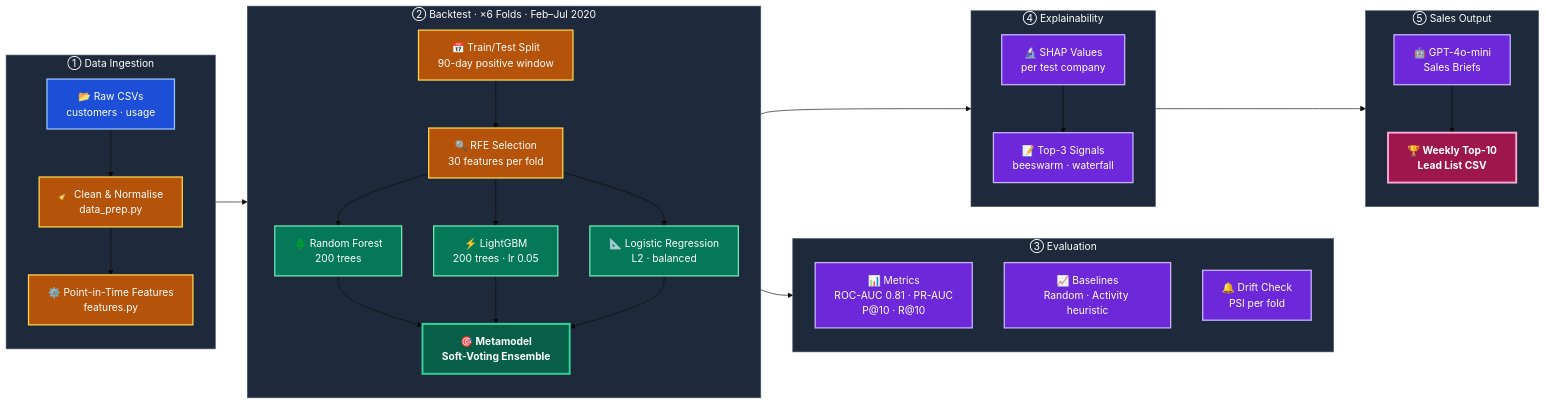
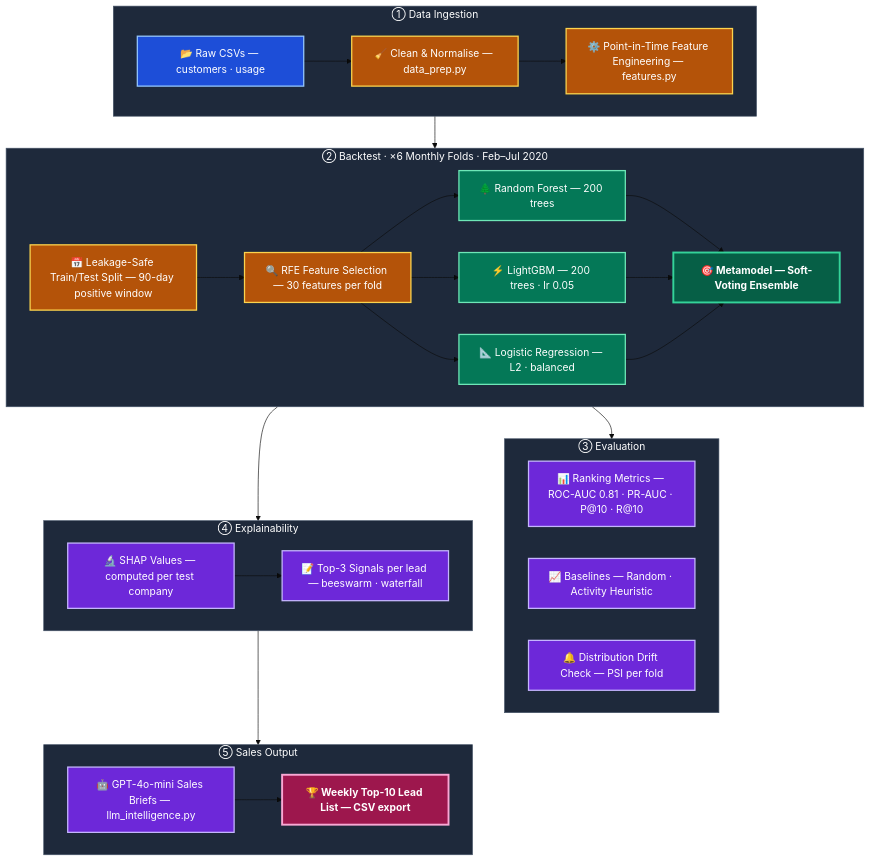
The diagram in README.md (jordisc97/Conversion-Prediction-Model), drawn with Mermaid before and after one commit.

Commit message:
Update README.md with mermaid

````diff
--- a/README.md
+++ b/README.md
@@ -7,67 +7,58 @@
 ```mermaid
 %%{init: {'theme': 'base', 'themeVariables': {'edgeLabelBackground': 'transparent', 'clusterBkg': '#1e293b', 'clusterBorder': '#475569', 'titleColor': '#ffffff'}}}%%
-flowchart LR
+flowchart TB
     classDef data     fill:#1d4ed8,stroke:#93c5fd,stroke-width:2px,color:#ffffff
     classDef process  fill:#b45309,stroke:#fcd34d,stroke-width:2px,color:#ffffff
     classDef model    fill:#047857,stroke:#6ee7b7,stroke-width:2px,color:#ffffff
     classDef ensemble fill:#065f46,stroke:#34d399,stroke-width:3px,color:#ffffff,font-weight:bold
     classDef output   fill:#6d28d9,stroke:#c4b5fd,stroke-width:2px,color:#ffffff
     classDef report   fill:#9d174d,stroke:#f9a8d4,stroke-width:3px,color:#ffffff,font-weight:bold
 
     %% ── INGESTION ──────────────────────────────────────
-    subgraph ING ["  ① Data Ingestion  "]
-        direction TB
-        A1["📂 Raw CSVs\ncustomers · usage"]:::data
-        A2["🧹 Clean & Normalise\ndata_prep.py"]:::process
-        A3["⚙️ Point-in-Time Features\nfeatures.py"]:::process
+    subgraph ING ["① Data Ingestion"]
+        A1["📂 Raw CSVs — customers · usage"]:::data
+        A2["🧹 Clean & Normalise — data_prep.py"]:::process
+        A3["⚙️ Point-in-Time Feature Engineering — features.py"]:::process
         A1 --> A2 --> A3
     end
 
     %% ── BACKTESTING ────────────────────────────────────
-    subgraph BT ["  ② Backtest · ×6 Folds · Feb–Jul 2020  "]
-        direction TB
-        B1["📅 Train/Test Split\n90-day positive window"]:::process
-        B2["🔍 RFE Selection\n30 features per fold"]:::process
-        B3["🌲 Random Forest\n200 trees"]:::model
-        B4["⚡ LightGBM\n200 trees · lr 0.05"]:::model
-        B5["📐 Logistic Regression\nL2 · balanced"]:::model
-        B6["🎯 Metamodel\nSoft-Voting Ensemble"]:::ensemble
+    subgraph BT ["② Backtest · ×6 Monthly Folds · Feb–Jul 2020"]
+        B1["📅 Leakage-Safe Train/Test Split — 90-day positive window"]:::process
+        B2["🔍 RFE Feature Selection — 30 features per fold"]:::process
+        B3["🌲 Random Forest — 200 trees"]:::model
+        B4["⚡ LightGBM — 200 trees · lr 0.05"]:::model
+        B5["📐 Logistic Regression — L2 · balanced"]:::model
+        B6["🎯 Metamodel — Soft-Voting Ensemble"]:::ensemble
         B1 --> B2
-        B2 --> B3
-        B2 --> B4
-        B2 --> B5
-        B3 --> B6
-        B4 --> B6
-        B5 --> B6
+        B2 --> B3 & B4 & B5
+        B3 & B4 & B5 --> B6
     end
 
     %% ── EVALUATION ─────────────────────────────────────
-    subgraph EV ["  ③ Evaluation  "]
-        direction TB
-        C1["📊 Metrics\nROC-AUC 0.81 · PR-AUC\nP@10 · R@10"]:::output
-        C2["📈 Baselines\nRandom · Activity heuristic"]:::output
-        C3["🔔 Drift Check\nPSI per fold"]:::output
+    subgraph EV ["③ Evaluation"]
+        C1["📊 Ranking Metrics — ROC-AUC 0.81 · PR-AUC · P@10 · R@10"]:::output
+        C2["📈 Baselines — Random · Activity Heuristic"]:::output
+        C3["🔔 Distribution Drift Check — PSI per fold"]:::output
     end
 
     %% ── EXPLAINABILITY ──────────────────────────────────
-    subgraph XP ["  ④ Explainability  "]
-        direction TB
-        D1["🔬 SHAP Values\nper test company"]:::output
-        D2["📝 Top-3 Signals\nbeeswarm · waterfall"]:::output
+    subgraph XP ["④ Explainability"]
+        D1["🔬 SHAP Values — computed per test company"]:::output
+        D2["📝 Top-3 Signals per lead — beeswarm · waterfall"]:::output
         D1 --> D2
     end
 
     %% ── SALES OUTPUT ────────────────────────────────────
-    subgraph SO ["  ⑤ Sales Output  "]
-        direction TB
-        E1["🤖 GPT-4o-mini\nSales Briefs"]:::output
-        E2["🏆 Weekly Top-10\nLead List CSV"]:::report
+    subgraph SO ["⑤ Sales Output"]
+        E1["🤖 GPT-4o-mini Sales Briefs — llm_intelligence.py"]:::output
+        E2["🏆 Weekly Top-10 Lead List — CSV export"]:::report
         E1 --> E2
     end
 
     %% ── MAIN FLOW ───────────────────────────────────────
     ING --> BT
     BT  --> EV
     BT  --> XP
     XP  --> SO
 ```
````
